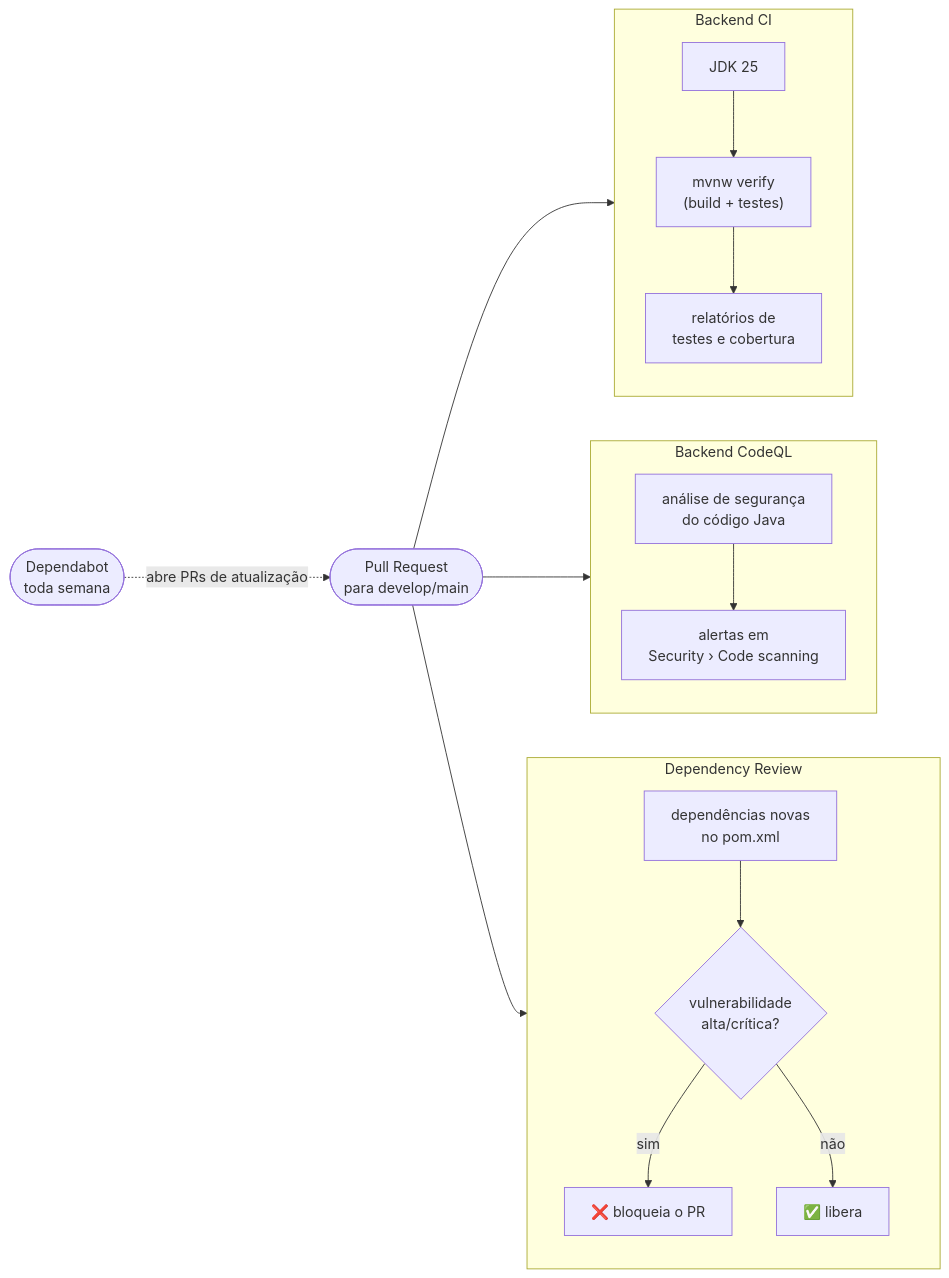
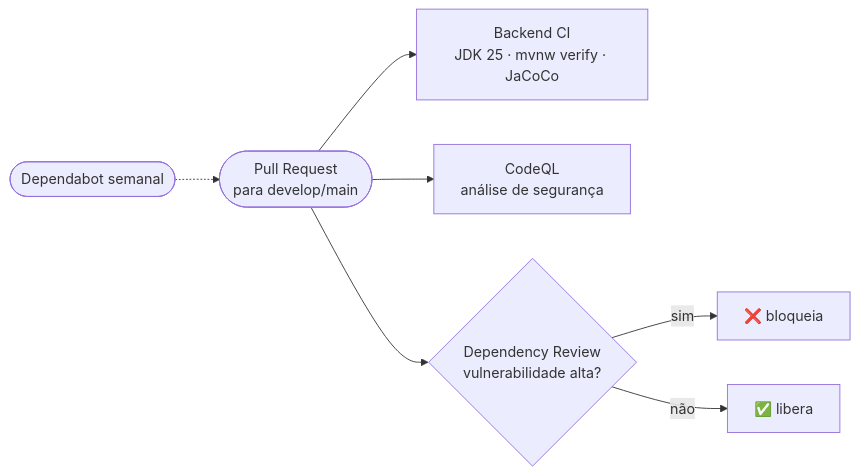
One commit to k3vinrich4rd/rkf_bank changed the fifth of 7 diagrams in README.md. Above: the diagram before and after it, drawn with Mermaid. The commit also changed other lines of this file, not shown here.

````diff
--- a/README.md
+++ b/README.md
@@ -755,22 +676,9 @@
 ```mermaid
 flowchart LR
-    PR([Pull Request<br/>para develop/main]) --> CI
-    PR --> CQ
-    PR --> DR
-
-    subgraph CI [Backend CI]
-        B1[JDK 25] --> B2["mvnw verify<br/>(build + testes)"] --> B3[relatórios de<br/>testes e cobertura]
-    end
-
-    subgraph CQ [Backend CodeQL]
-        Q1[análise de segurança<br/>do código Java] --> Q2[alertas em<br/>Security › Code scanning]
-    end
-
-    subgraph DR [Dependency Review]
-        D1[dependências novas<br/>no pom.xml] --> D2{vulnerabilidade<br/>alta/crítica?}
-        D2 -->|sim| X[❌ bloqueia o PR]
-        D2 -->|não| OK[✅ libera]
-    end
-
-    DB([Dependabot<br/>toda semana]) -.->|abre PRs de atualização| PR
+    PR([Pull Request<br/>para develop/main]) --> CI[Backend CI<br/>JDK 25 · mvnw verify · JaCoCo]
+    PR --> CQ[CodeQL<br/>análise de segurança]
+    PR --> DR{Dependency Review<br/>vulnerabilidade alta?}
+    DR -->|sim| X[❌ bloqueia]
+    DR -->|não| OK[✅ libera]
+    DB([Dependabot semanal]) -.-> PR
 ```
````
